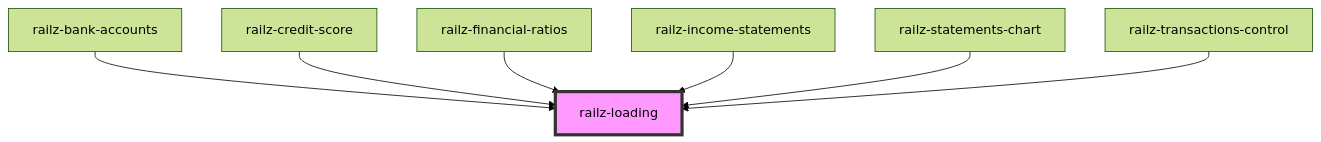
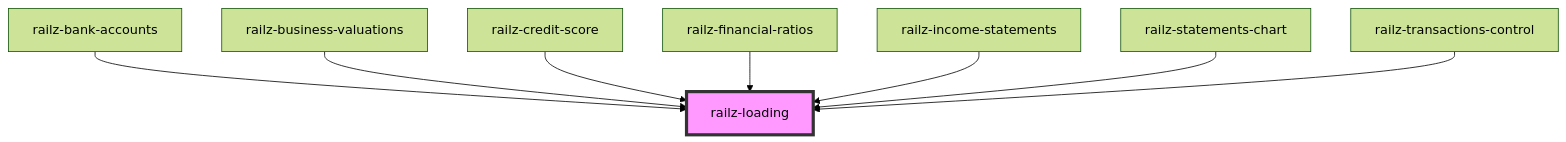
One commit to railz-ai/railz-visualizations changed the diagram in packages/components/src/elements/loading/readme.md. Above: the diagram before and after it, drawn with Mermaid (forest theme). The commit also changed other lines of this file and 4 other files, not shown here.

````diff
--- a/packages/components/src/elements/loading/readme.md
+++ b/packages/components/src/elements/loading/readme.md
@@ -28,10 +29,11 @@
 ```mermaid
 graph TD;
   railz-bank-accounts --> railz-loading
+  railz-business-valuations --> railz-loading
   railz-credit-score --> railz-loading
   railz-financial-ratios --> railz-loading
   railz-income-statements --> railz-loading
   railz-statements-chart --> railz-loading
   railz-transactions-control --> railz-loading
   style railz-loading fill:#f9f,stroke:#333,stroke-width:4px
 ```
````
